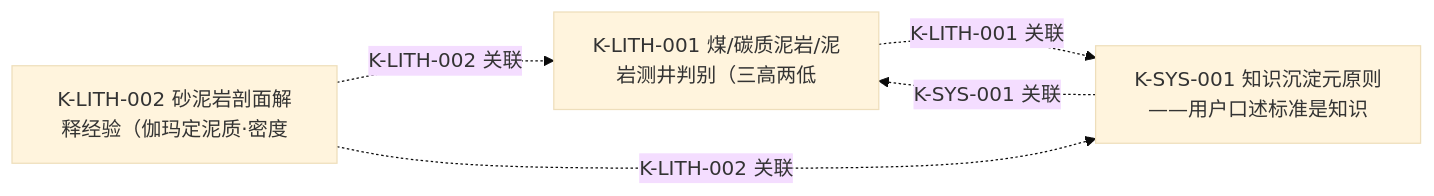
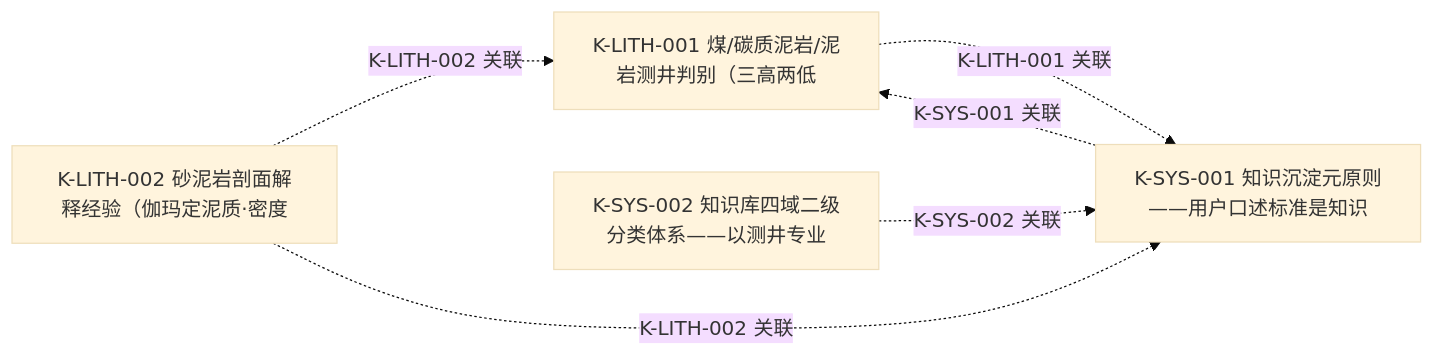
One commit to uz215/logint-uz215 changed the diagram in knowledge/知识图谱总览.md. Above: the diagram before and after it, drawn with Mermaid (base theme). The commit also changed other lines of this file and 1 other file, not shown here.

Commit message:
知识库四域分类体系定案 K-SYS-002：测井方法/地质/通用知识/录井三级分类，图谱与索引同步

````diff
--- a/knowledge/知识图谱总览.md
+++ b/knowledge/知识图谱总览.md
@@ -23,10 +24,12 @@
 ```mermaid
 flowchart LR
     K_LITH_001["K-LITH-001 煤/碳质泥岩/泥岩测井判别（三高两低"]
     K_LITH_002["K-LITH-002 砂泥岩剖面解释经验（伽玛定泥质·密度"]
     K_SYS_001["K-SYS-001 知识沉淀元原则——用户口述标准是知识"]
+    K_SYS_002["K-SYS-002 知识库四域二级分类体系——以测井专业"]
     K_LITH_001 -.->|K-LITH-001 关联| K_SYS_001
     K_LITH_002 -.->|K-LITH-002 关联| K_LITH_001
     K_LITH_002 -.->|K-LITH-002 关联| K_SYS_001
     K_SYS_001 -.->|K-SYS-001 关联| K_LITH_001
+    K_SYS_002 -.->|K-SYS-002 关联| K_SYS_001
 ```
````
